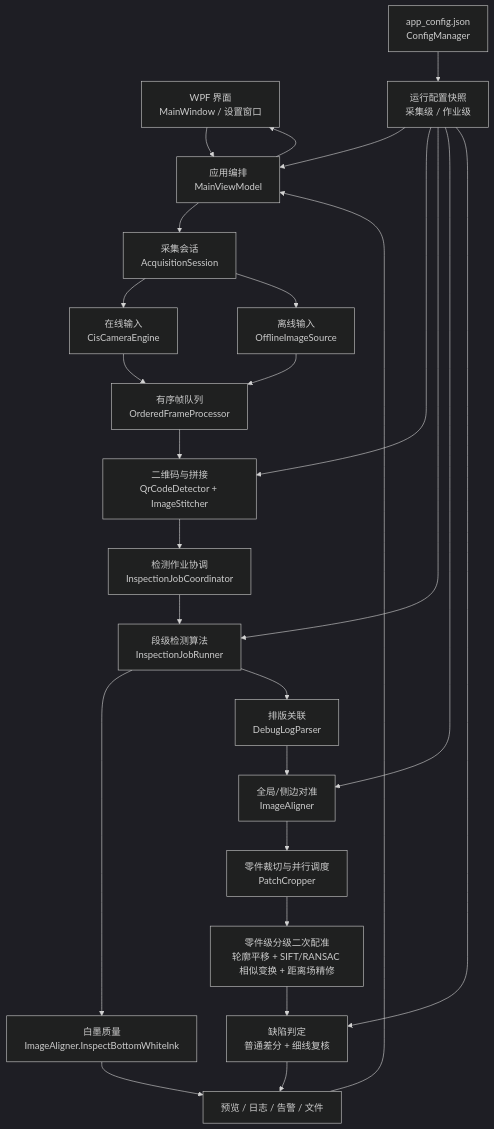
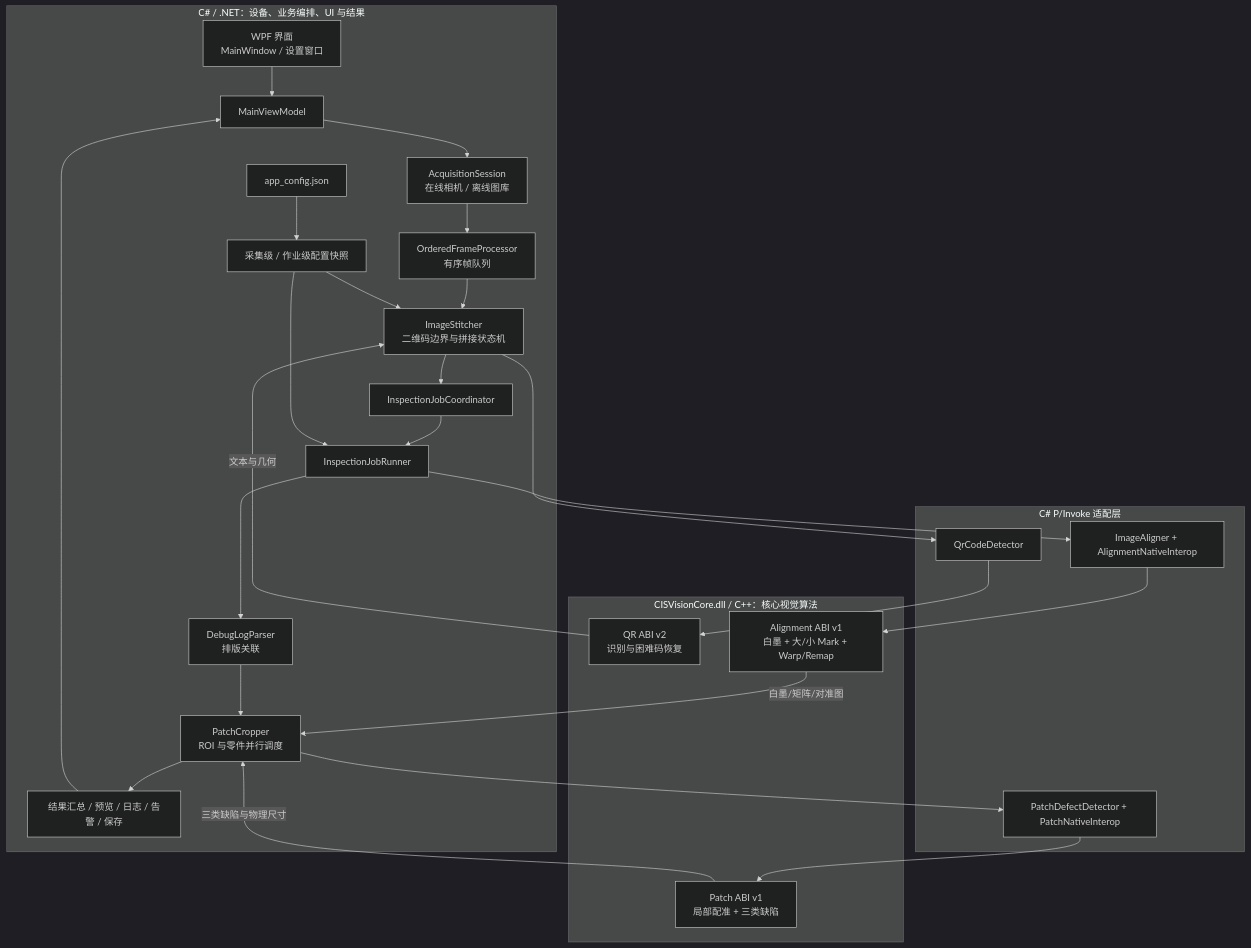
One commit to Kevin-ykg/CIS_WebInspector changed the first of 9 diagrams in 项目全局导航与开发指南.md. Above: the diagram before and after it, drawn with Mermaid (dark theme). The commit also changed other lines of this file and 42 other files, not shown here.

````diff
--- a/项目全局导航与开发指南.md
+++ b/项目全局导航与开发指南.md
@@ -102,33 +107,37 @@
 ```mermaid
 flowchart TB
-    UI["WPF 界面<br/>MainWindow / 设置窗口"] --> VM["应用编排<br/>MainViewModel"]
+    subgraph CS["C# / .NET：设备、业务编排、UI 与结果"]
+        UI["WPF 界面<br/>MainWindow / 设置窗口"] --> VM["MainViewModel"]
+        VM --> SESSION["AcquisitionSession<br/>在线相机 / 离线图库"]
+        SESSION --> FRAME["OrderedFrameProcessor<br/>有序帧队列"]
+        FRAME --> STITCH["ImageStitcher<br/>二维码边界与拼接状态机"]
+        STITCH --> COORD["InspectionJobCoordinator"]
+        COORD --> JOB["InspectionJobRunner"]
+        JOB --> LAYOUT["DebugLogParser<br/>排版关联"]
+        LAYOUT --> CROP["PatchCropper<br/>ROI 与零件并行调度"]
+        CROP --> RESULT["结果汇总 / 预览 / 日志 / 告警 / 保存"]
+        RESULT --> VM
+        CONFIG["app_config.json"] --> SNAPSHOT["采集级 / 作业级配置快照"]
+        SNAPSHOT --> STITCH
+        SNAPSHOT --> JOB
+    end
 
-    VM --> SESSION["采集会话<br/>AcquisitionSession"]
-    SESSION --> ONLINE["在线输入<br/>CisCameraEngine"]
-    SESSION --> OFFLINE["离线输入<br/>OfflineImageSource"]
-    ONLINE --> FRAME["有序帧队列<br/>OrderedFrameProcessor"]
-    OFFLINE --> FRAME
+    subgraph ABI["C# P/Invoke 适配层"]
+        QRCS["QrCodeDetector"]
+        ALCS["ImageAligner + AlignmentNativeInterop"]
+        PACS["PatchDefectDetector + PatchNativeInterop"]
+    end
 
-    FRAME --> STITCH["二维码与拼接<br/>QrCodeDetector + ImageStitcher"]
-    STITCH --> COORD["检测作业协调<br/>InspectionJobCoordinator"]
-    COORD --> JOB["段级检测算法<br/>InspectionJobRunner"]
+    subgraph CPP["CISVisionCore.dll / C++：核心视觉算法"]
+        QR["QR ABI v2<br/>识别与困难码恢复"]
+        AL["Alignment ABI v1<br/>白墨 + 大/小 Mark + Warp/Remap"]
+        PA["Patch ABI v1<br/>局部配准 + 三类缺陷"]
+    end
 
-    JOB --> INK["白墨质量<br/>ImageAligner.InspectBottomWhiteInk"]
-    JOB --> LAYOUT["排版关联<br/>DebugLogParser"]
-    LAYOUT --> ALIGN["全局/侧边对准<br/>ImageAligner"]
-    ALIGN --> CROP["零件裁切与并行调度<br/>PatchCropper"]
-    CROP --> LOCAL["零件级分级二次配准<br/>轮廓平移 + SIFT/RANSAC 相似变换 + 距离场精修"]
-    LOCAL --> DEFECT["缺陷判定<br/>普通差分 + 细线复核"]
-
-    INK --> RESULT["预览 / 日志 / 告警 / 文件"]
-    DEFECT --> RESULT
-    RESULT --> VM
-    VM --> UI
-
-    CONFIG["app_config.json<br/>ConfigManager"] --> SNAPSHOT["运行配置快照<br/>采集级 / 作业级"]
-    SNAPSHOT --> VM
-    SNAPSHOT --> STITCH
-    SNAPSHOT --> JOB
-    SNAPSHOT --> ALIGN
-    SNAPSHOT --> DEFECT
+    STITCH --> QRCS --> QR
+    QR -->|文本与几何| STITCH
+    JOB --> ALCS --> AL
+    AL -->|白墨/矩阵/对准图| CROP
+    CROP --> PACS --> PA
+    PA -->|三类缺陷与物理尺寸| CROP
 ```
````
